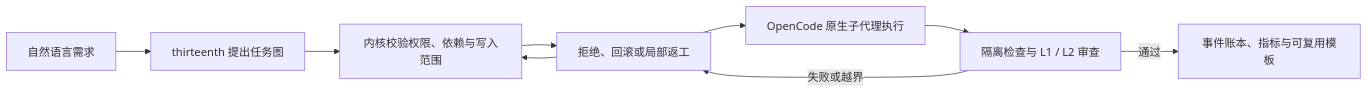
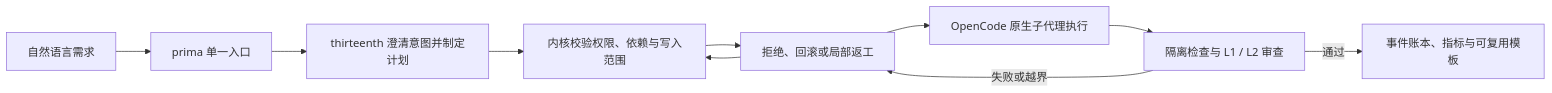
Before and after one commit to zhiwenC125/Cybertron-agents: the diagram in README.md, drawn with Mermaid. The commit also changed other lines of this file and 20 other files, not shown here.

First line of the commit message:
feat(v6): make prima the single entry and delegate planning to thirteenth

````diff
--- a/README.md
+++ b/README.md
@@ -91,11 +91,12 @@
 ```mermaid
 flowchart LR
-    U[自然语言需求] --> P[thirteenth 提出任务图]
-    P --> K[内核校验权限、依赖与写入范围]
+    U[自然语言需求] --> P[prima 单一入口]
+    P --> T[thirteenth 澄清意图并制定计划]
+    T --> K[内核校验权限、依赖与写入范围]
     K --> R[prima 评审计划并派发]
     R --> A[OpenCode 原生子代理执行]
     A --> C[隔离检查与 L1 / L2 审查]
     C -->|通过| E[事件账本、指标与可复用模板]
     C -->|失败或越界| R[拒绝、回滚或局部返工]
     R --> K
 ```
````
